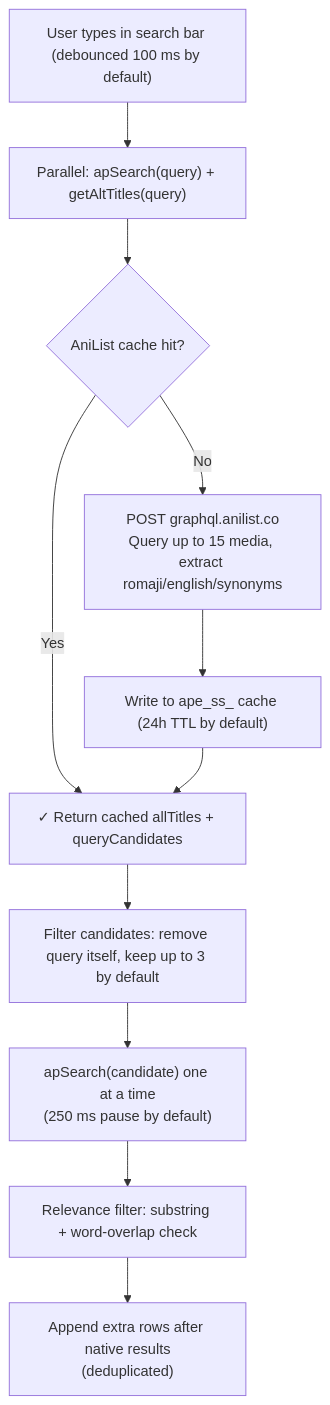
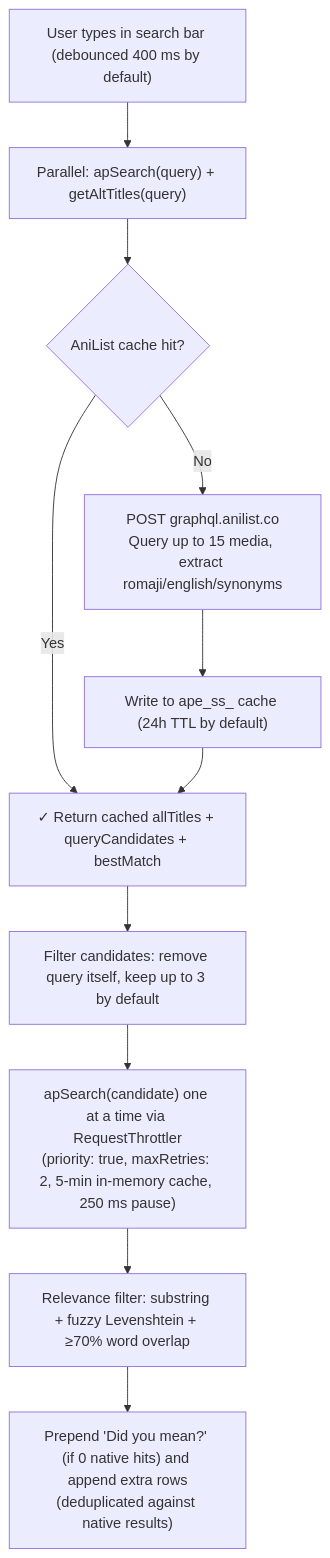
Before and after one commit to abdullahkhfb/animepahe-enhancer: the fifth of 5 diagrams in docs/ARCHITECTURE.md, drawn with Mermaid. The commit also changed other lines of this file and 41 other files, not shown here.

````diff
--- a/docs/ARCHITECTURE.md
+++ b/docs/ARCHITECTURE.md
@@ -241,13 +272,16 @@
 ```mermaid
 flowchart TD
-    A["User types in search bar (debounced 100 ms by default)"] --> B["Parallel: apSearch(query) + getAltTitles(query)"]
+    A["User types in search bar (debounced 400 ms by default)"] --> B["Parallel: apSearch(query) + getAltTitles(query)"]
     B --> C{AniList cache hit?}
-    C -->|Yes| D["✓ Return cached allTitles + queryCandidates"]
-    C -->|No| E["POST graphql.anilist.co\nQuery up to 15 media, extract romaji/english/synonyms"]
+    C -->|Yes| D["✓ Return cached allTitles + queryCandidates + bestMatch"]
+    C -->|No| E["POST graphql.anilist.co
+Query up to 15 media, extract romaji/english/synonyms"]
     E --> F["Write to ape_ss_ cache (24h TTL by default)"]
     F --> D
     D --> G["Filter candidates: remove query itself, keep up to 3 by default"]
-    G --> H["apSearch(candidate) one at a time\n(250 ms pause by default)"]
-    H --> I["Relevance filter: substring + word-overlap check"]
-    I --> J["Append extra rows after native results\n(deduplicated)"]
+    G --> H["apSearch(candidate) one at a time via RequestThrottler
+(priority: true, maxRetries: 2, 5-min in-memory cache, 250 ms pause)"]
+    H --> I["Relevance filter: substring + fuzzy Levenshtein + ≥70% word overlap"]
+    I --> J["Prepend 'Did you mean?' (if 0 native hits) and append extra rows
+(deduplicated against native results)"]
 ```
````
